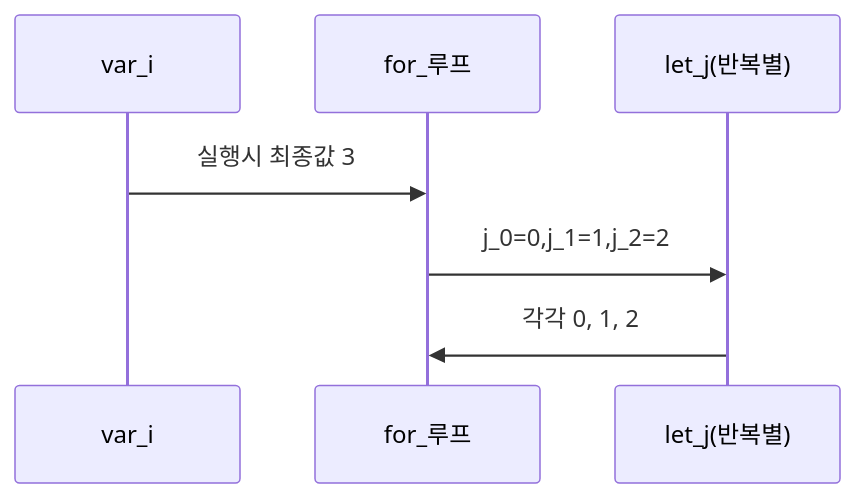
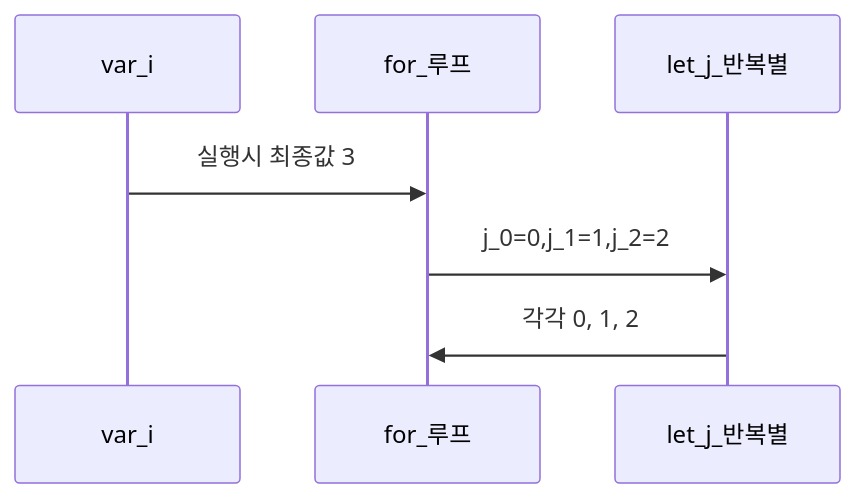
Before and after one commit to yjkim2015/yjkim2015.github.io: the sixth of 9 diagrams in _posts/frontend/2026-05-02-js-var-let-const.md, drawn with Mermaid. The commit also changed 85 other files, not shown here.

First line of the commit message:
sequenceDiagram 문법 에러 2차 수정 169개 (86파일)

````diff
--- a/_posts/frontend/2026-05-02-js-var-let-const.md
+++ b/_posts/frontend/2026-05-02-js-var-let-const.md
@@ -280,6 +280,6 @@
 ```mermaid
 sequenceDiagram
     var_i->>for_루프: 실행시 최종값 3
-    for_루프->>let_j(반복별): j_0=0,j_1=1,j_2=2
-    let_j(반복별)->>for_루프: 각각 0, 1, 2
+    for_루프->>let_j_반복별: j_0=0,j_1=1,j_2=2
+    let_j_반복별->>for_루프: 각각 0, 1, 2
 ```
````
